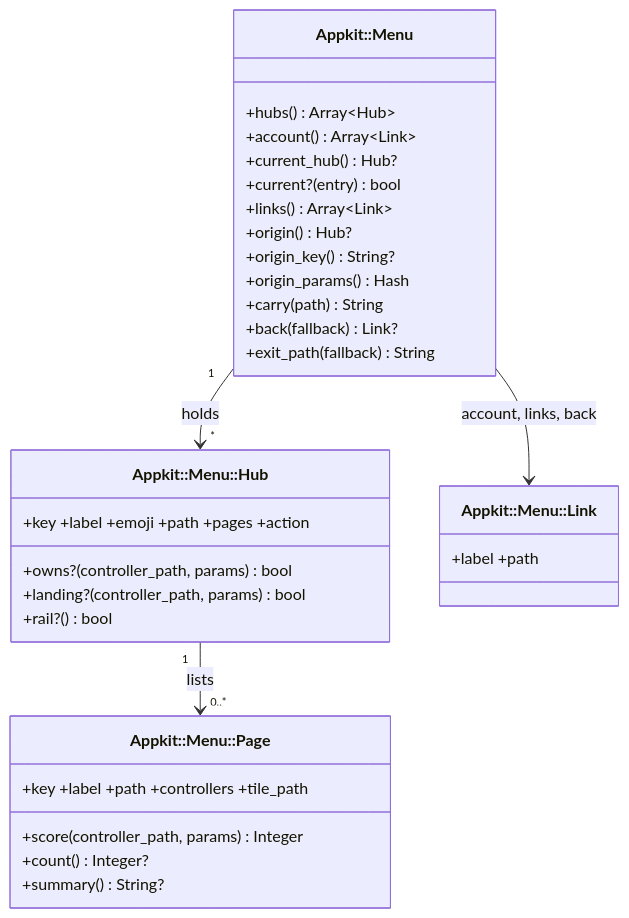
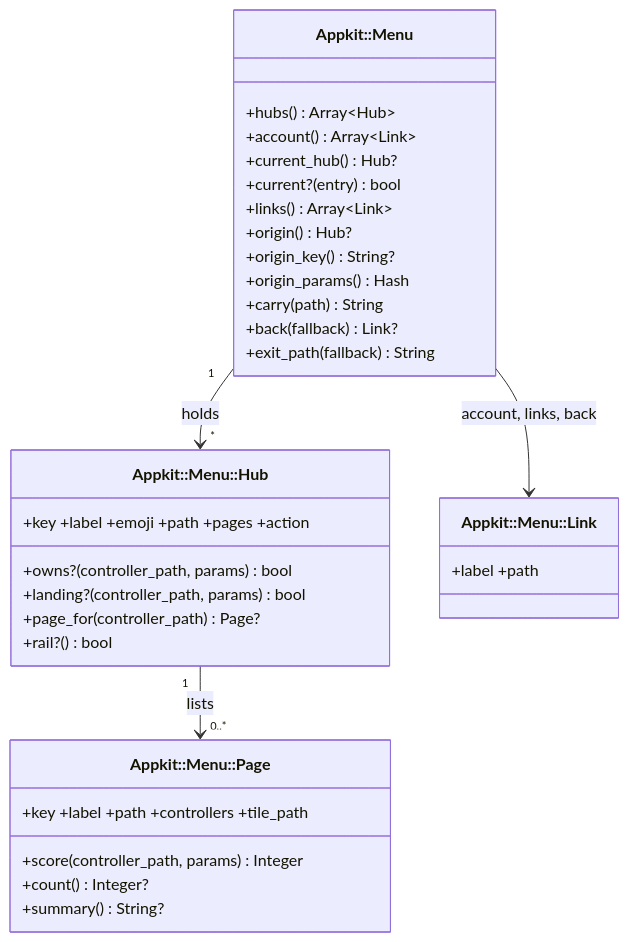
The first of 2 diagrams in docs/changes/navigation-hubs/plan.md (eirvandelden/appkit), drawn with Mermaid before and after one commit. The commit also changed other lines of this file and 4 other files, not shown here.

````diff
--- a/docs/changes/navigation-hubs/plan.md
+++ b/docs/changes/navigation-hubs/plan.md
@@ -24,34 +24,35 @@
 ```mermaid
 classDiagram
   class AppkitMenu["Appkit::Menu"] {
     +hubs() Array~Hub~
     +account() Array~Link~
     +current_hub() Hub?
     +current?(entry) bool
     +links() Array~Link~
     +origin() Hub?
     +origin_key() String?
     +origin_params() Hash
     +carry(path) String
     +back(fallback) Link?
     +exit_path(fallback) String
   }
   class Hub["Appkit::Menu::Hub"] {
     +key +label +emoji +path +pages +action
     +owns?(controller_path, params) bool
     +landing?(controller_path, params) bool
+    +page_for(controller_path) Page?
     +rail?() bool
   }
   class Page["Appkit::Menu::Page"] {
     +key +label +path +controllers +tile_path
     +score(controller_path, params) Integer
     +count() Integer?
     +summary() String?
   }
   class Link["Appkit::Menu::Link"] {
     +label +path
   }
   AppkitMenu "1" --> "*" Hub : holds
   Hub "1" --> "0..*" Page : lists
   AppkitMenu --> Link : account, links, back
 ```
````
